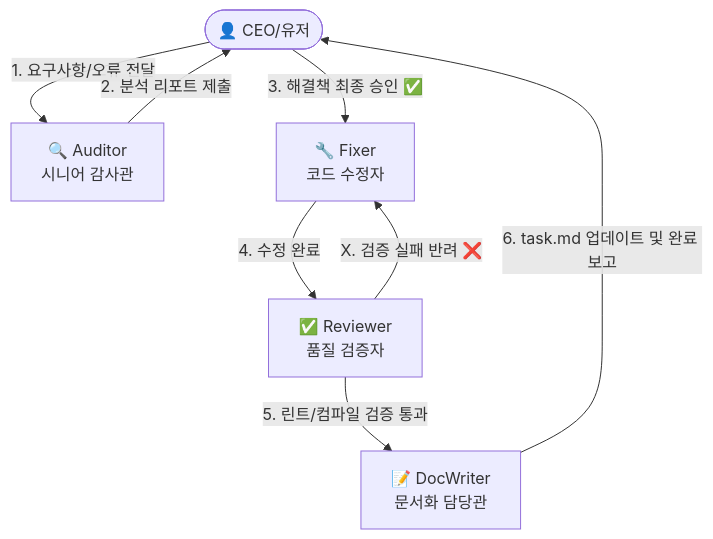
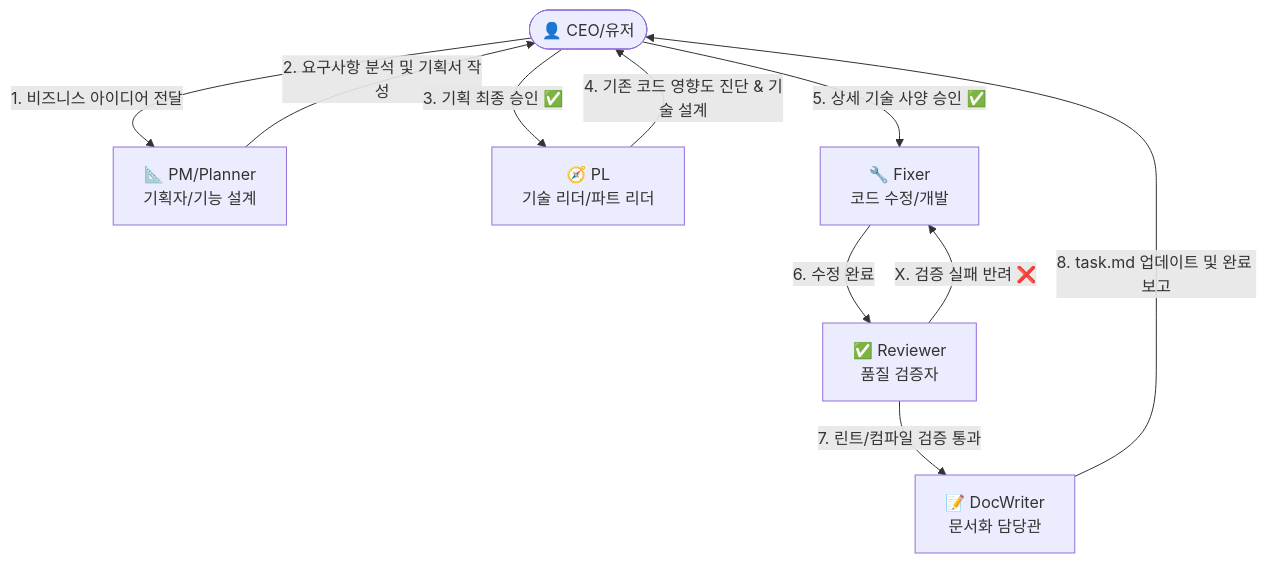
The diagram in docs/AGENTS.md (CarpediemBDev/stockAuto), drawn with Mermaid before and after one commit. The commit also changed other lines of this file and 9 other files, not shown here.

````diff
--- a/docs/AGENTS.md
+++ b/docs/AGENTS.md
@@ -11,10 +11,12 @@
 ```mermaid
 graph TD
-    User([👤 CEO/유저]) -->|1. 요구사항/오류 전달| Auditor[🔍 Auditor <br>시니어 감사관]
-    Auditor -->|2. 분석 리포트 제출| User
-    User -->|3. 해결책 최종 승인 ✅| Fixer[🔧 Fixer <br>코드 수정자]
-    Fixer -->|4. 수정 완료| Reviewer[✅ Reviewer <br>품질 검증자]
-    Reviewer -->|5. 린트/컴파일 검증 통과| DocWriter[📝 DocWriter <br>문서화 담당관]
+    User([👤 CEO/유저]) -->|1. 비즈니스 아이디어 전달| PM[📐 PM/Planner <br>기획자/기능 설계]
+    PM -->|2. 요구사항 분석 및 기획서 작성| User
+    User -->|3. 기획 최종 승인 ✅| PL[🧭 PL <br>기술 리더/파트 리더]
+    PL -->|4. 기존 코드 영향도 진단 & 기술 설계| User
+    User -->|5. 상세 기술 사양 승인 ✅| Fixer[🔧 Fixer <br>코드 수정/개발]
+    Fixer -->|6. 수정 완료| Reviewer[✅ Reviewer <br>품질 검증자]
+    Reviewer -->|7. 린트/컴파일 검증 통과| DocWriter[📝 DocWriter <br>문서화 담당관]
     Reviewer -->|X. 검증 실패 반려 ❌| Fixer
-    DocWriter -->|6. task.md 업데이트 및 완료 보고| User
+    DocWriter -->|8. task.md 업데이트 및 완료 보고| User
 ```
````
